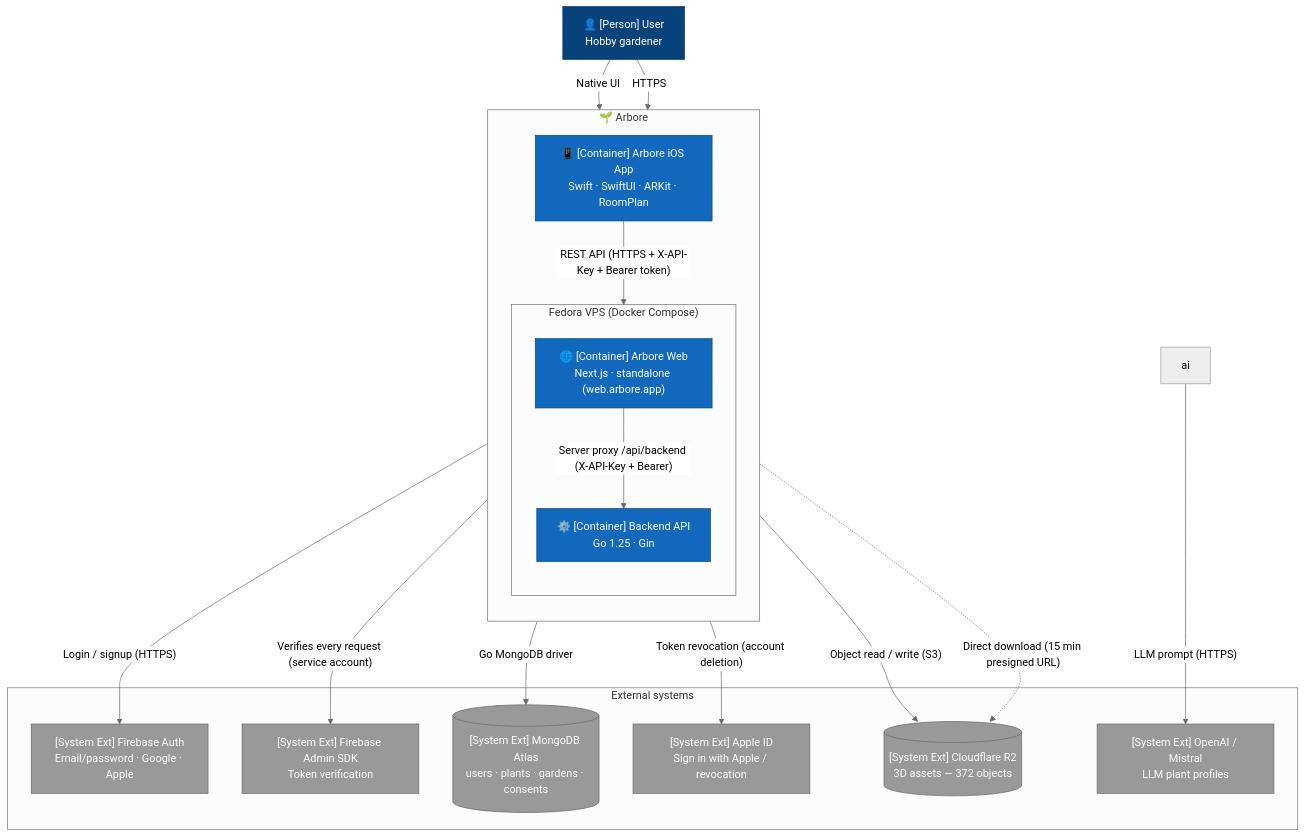
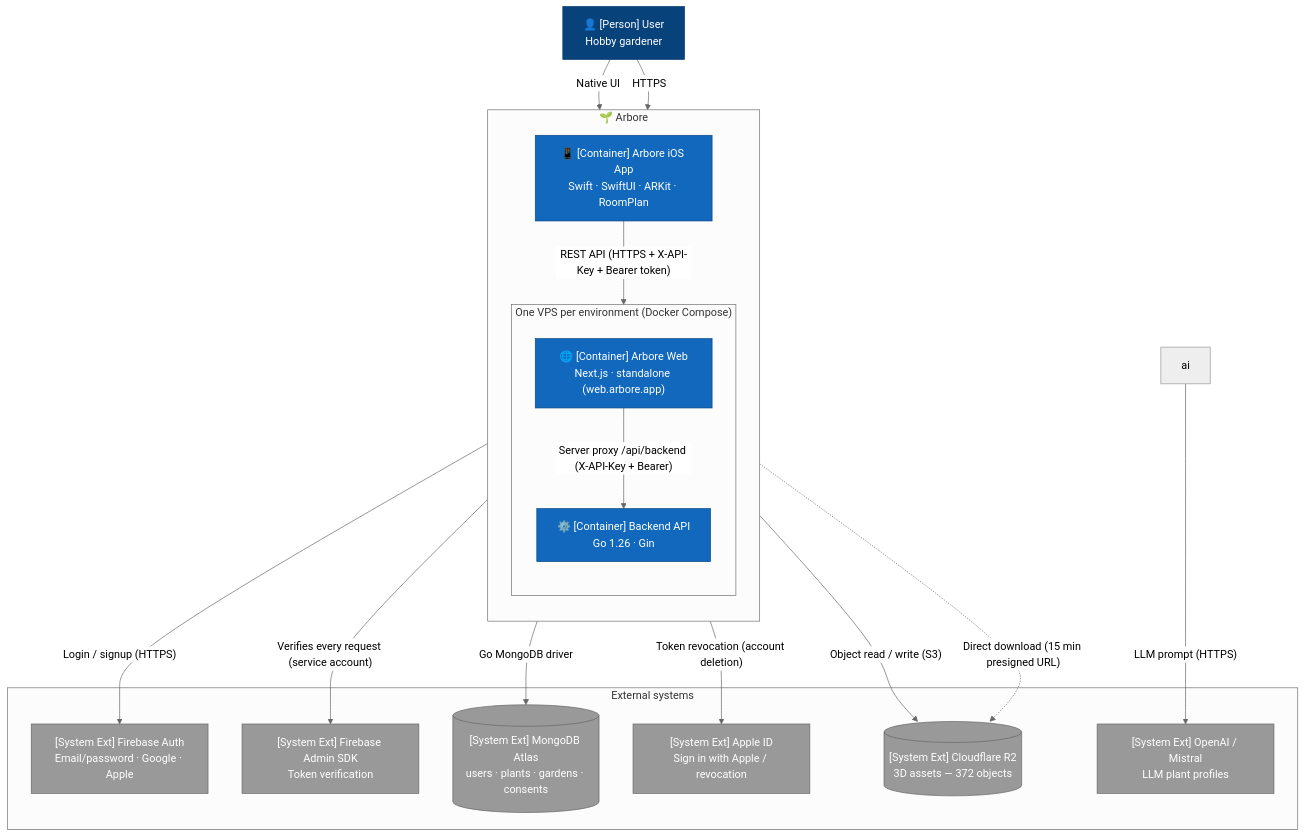
Before and after one commit to ArboreTeam/Arbore: the diagram in docs/en/architecture/02-containers.md, drawn with Mermaid (neutral theme). The commit also changed other lines of this file and 11 other files, not shown here.

````diff
--- a/docs/en/architecture/02-containers.md
+++ b/docs/en/architecture/02-containers.md
@@ -11,45 +11,45 @@
 ```mermaid
 flowchart TB
     user["👤 [Person] User<br/>Hobby gardener"]
 
     subgraph arbore["🌱 Arbore"]
         direction TB
         ios["📱 [Container] Arbore iOS App<br/>Swift · SwiftUI · ARKit · RoomPlan"]
 
-        subgraph vps["Fedora VPS (Docker Compose)"]
+        subgraph vps["One VPS per environment (Docker Compose)"]
             direction TB
             web["🌐 [Container] Arbore Web<br/>Next.js · standalone (web.arbore.app)"]
-            backend["⚙️ [Container] Backend API<br/>Go 1.25 · Gin"]
+            backend["⚙️ [Container] Backend API<br/>Go 1.26 · Gin"]
         end
     end
 
     subgraph ext["External systems"]
         firebase_auth["[System Ext] Firebase Auth<br/>Email/password · Google · Apple"]
         firebase_admin["[System Ext] Firebase Admin SDK<br/>Token verification"]
         mongo[("[System Ext] MongoDB Atlas<br/>users · plants · gardens · consents")]
         apple["[System Ext] Apple ID<br/>Sign in with Apple / revocation"]
         llm["[System Ext] OpenAI / Mistral<br/>LLM plant profiles"]
         r2[("[System Ext] Cloudflare R2<br/>3D assets — 372 objects")]
     end
 
     user -- "Native UI"  --> ios
     user -- "HTTPS"      --> web
 
     ios     -- "Login / signup (HTTPS)"                        --> firebase_auth
     ios     -- "REST API (HTTPS + X-API-Key + Bearer token)"   --> backend
     web     -- "Server proxy /api/backend (X-API-Key + Bearer)" --> backend
 
     backend -- "Verifies every request (service account)"      --> firebase_admin
     backend -- "Go MongoDB driver"                             --> mongo
     backend -- "Token revocation (account deletion)"           --> apple
     backend -- "Object read / write (S3)"                     --> r2
     ios     -. "Direct download (15 min presigned URL)" .-> r2
     ai      -- "LLM prompt (HTTPS)"                            --> llm
 
     classDef person   fill:#08427B,stroke:#073B6F,color:#fff
     classDef cont     fill:#1168BD,stroke:#0B4884,color:#fff
     classDef ext_node fill:#999,stroke:#666,color:#fff
     class user person
     class ios,web,backend cont
     class firebase_auth,firebase_admin,mongo,apple,llm,r2 ext_node
 ```
````
